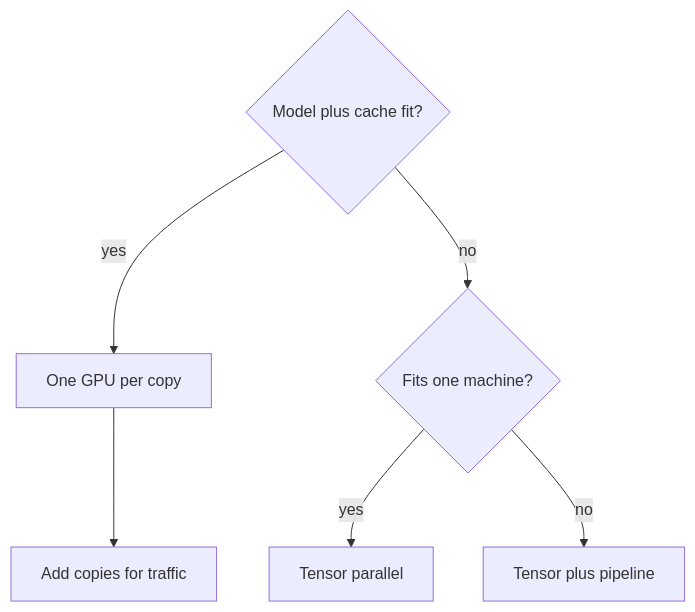
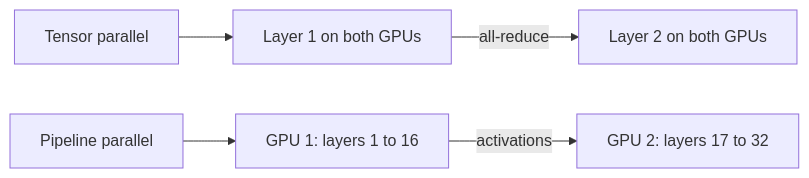
Before and after one commit to devweekends/Buildment: the diagram in courses/ai-engineering-interview/11-inference-and-serving/11.07-beyond-one-gpu.md, drawn with Mermaid. The commit also changed other lines of this file and 11 other files, not shown here.

````diff
--- a/courses/ai-engineering-interview/11-inference-and-serving/11.07-beyond-one-gpu.md
+++ b/courses/ai-engineering-interview/11-inference-and-serving/11.07-beyond-one-gpu.md
@@ -59,8 +59,7 @@
 ```mermaid
-flowchart TD
-  A{Model plus cache fit?} -->|yes| B[One GPU per copy]
-  A -->|no| C{Fits one machine?}
-  C -->|yes| D[Tensor parallel]
-  C -->|no| E[Tensor plus pipeline]
-  B --> F[Add copies for traffic]
+flowchart LR
+  T[Tensor parallel] --> A[Layer 1 on both GPUs]
+  A -->|all-reduce| B[Layer 2 on both GPUs]
+  P[Pipeline parallel] --> C[GPU 1: layers 1 to 16]
+  C -->|activations| D[GPU 2: layers 17 to 32]
 ```
````
